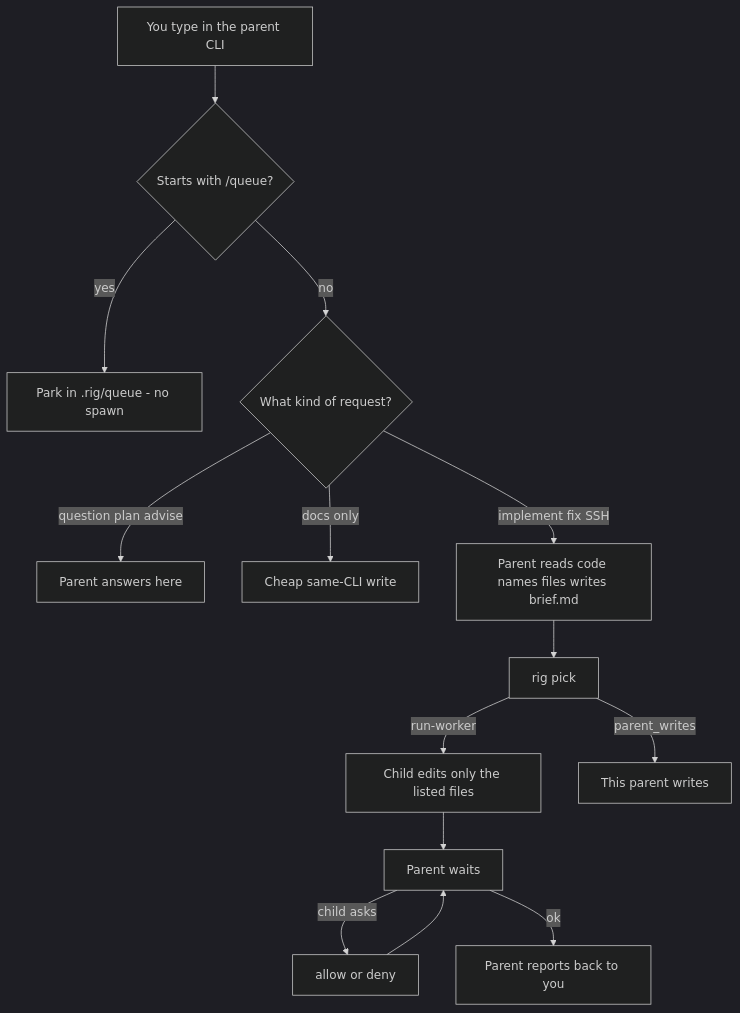
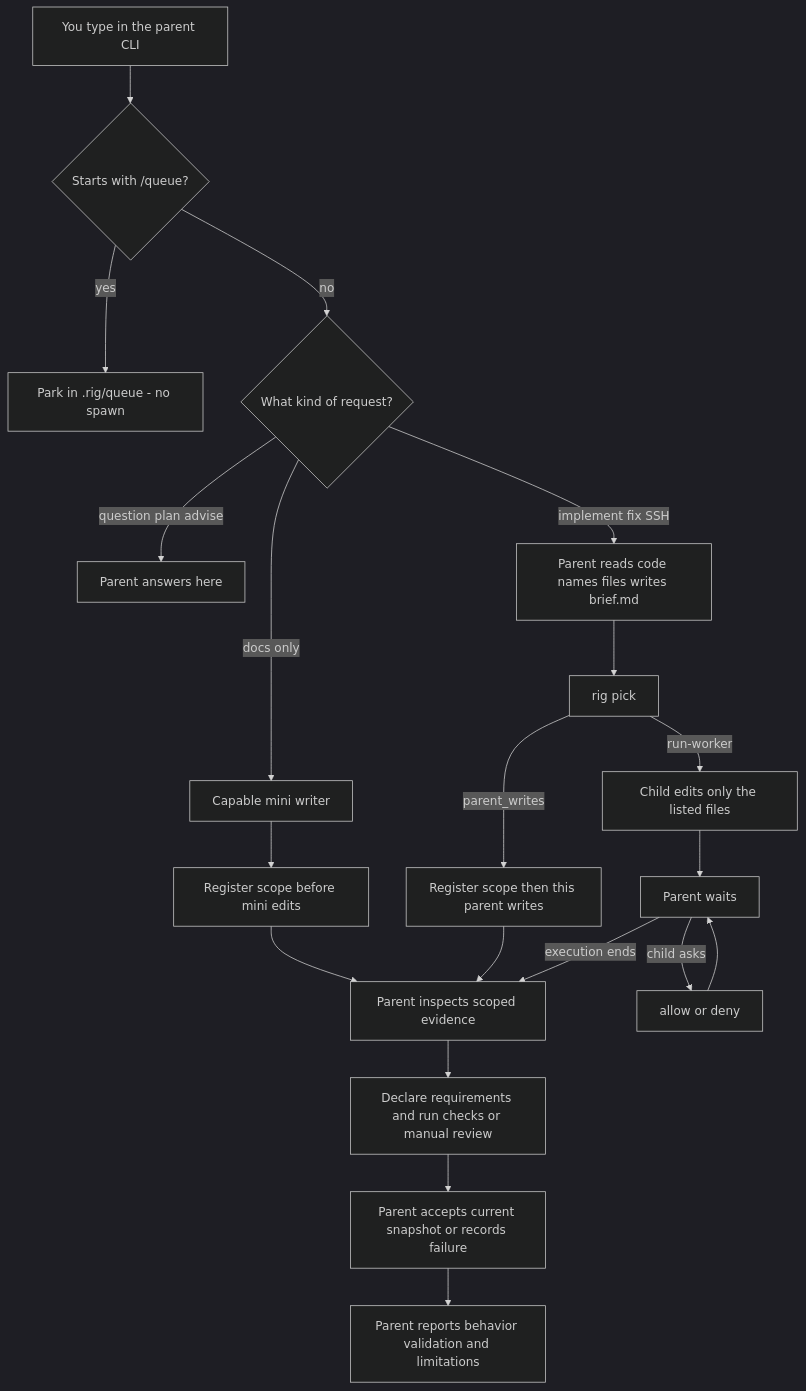
The first of 2 diagrams in README.md (Brasth/Rig), drawn with Mermaid (dark theme) before and after one commit. The commit also changed other lines of this file and 3 other files, not shown here.

````diff
--- a/README.md
+++ b/README.md
@@ -35,17 +35,23 @@
 ```mermaid
 flowchart TD
   you[You type in the parent CLI]
   you --> q{Starts with /queue?}
   q -->|yes| park["Park in .rig/queue - no spawn"]
   q -->|no| kind{What kind of request?}
   kind -->|question plan advise| stay[Parent answers here]
-  kind -->|docs only| mini[Cheap same-CLI write]
+  kind -->|docs only| mini[Capable mini writer]
   kind -->|implement fix SSH| check[Parent reads code names files writes brief.md]
   check --> pick[rig pick]
   pick -->|run-worker| child[Child edits only the listed files]
-  pick -->|parent_writes| self[This parent writes]
+  pick -->|parent_writes| self[Register scope then this parent writes]
+  mini --> miniStart[Register scope before mini edits]
+  miniStart --> evidence
+  self --> evidence[Parent inspects scoped evidence]
   child --> wait[Parent waits]
   wait -->|child asks| allow[allow or deny]
   allow --> wait
-  wait -->|ok| report[Parent reports back to you]
+  wait -->|execution ends| evidence
+  evidence --> checks[Declare requirements and run checks or manual review]
+  checks --> accept[Parent accepts current snapshot or records failure]
+  accept --> report[Parent reports behavior validation and limitations]
 ```
````
